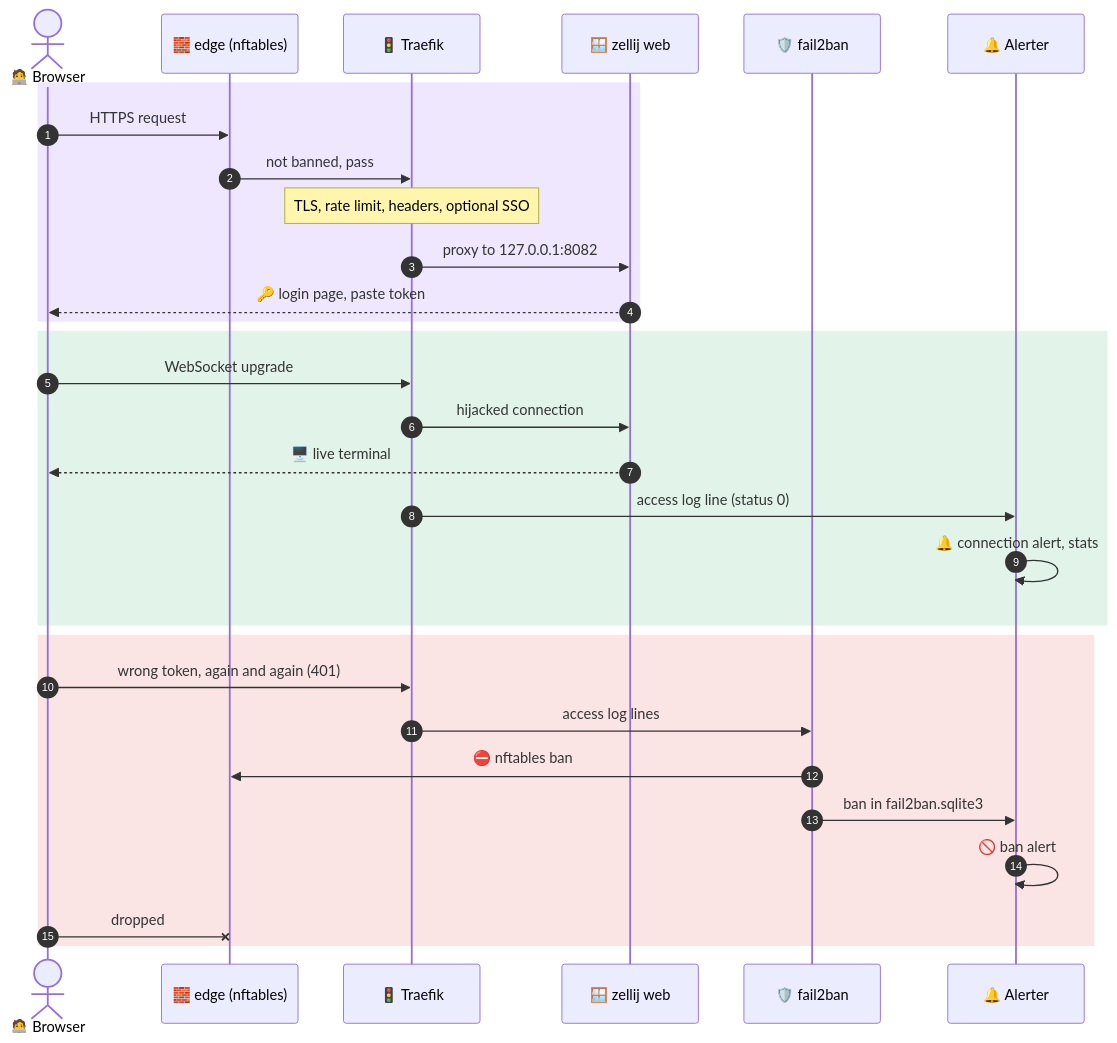
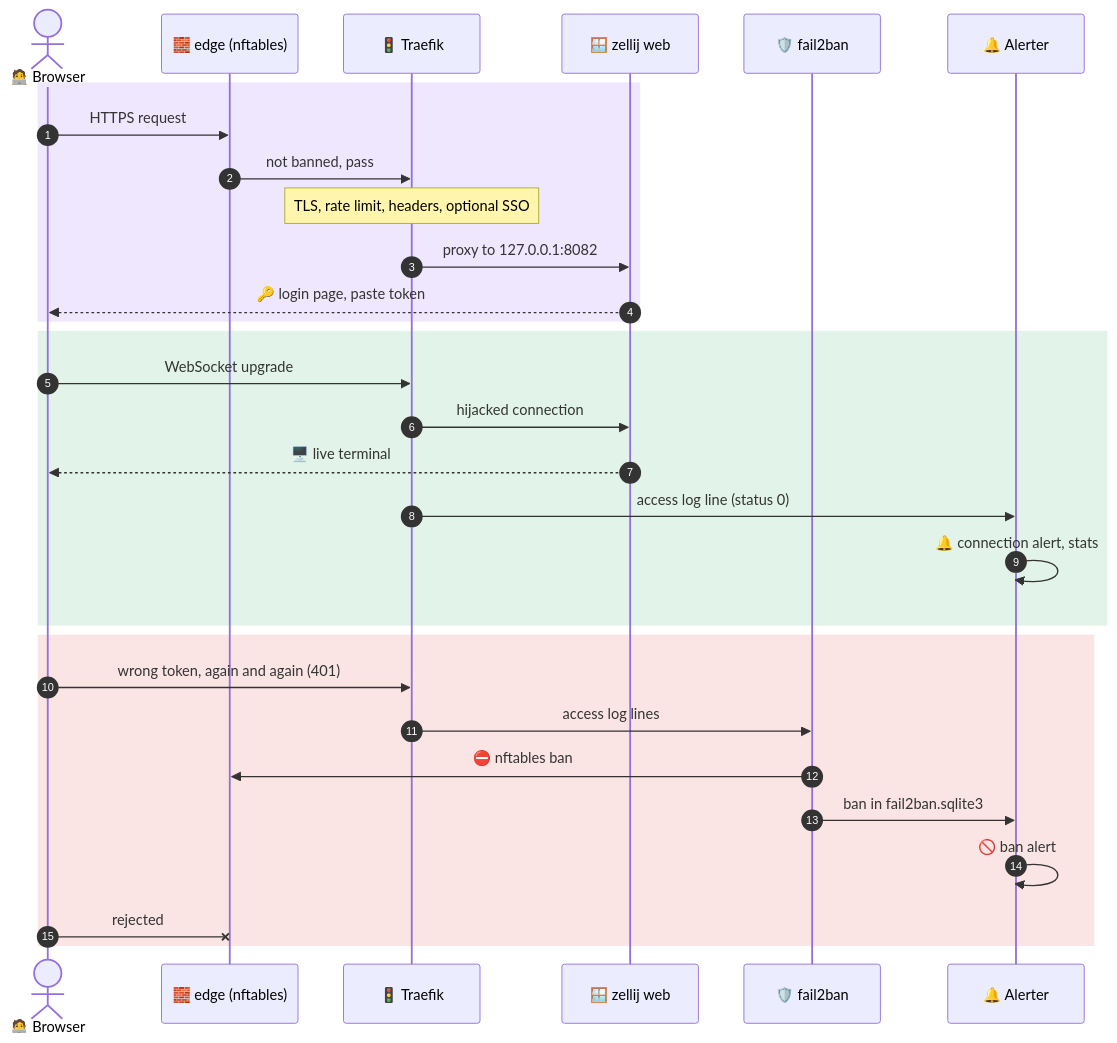
One commit to thereisnotime/secure-zellij changed the second of 2 diagrams in README.md. Above: the diagram before and after it, drawn with Mermaid. The commit also changed other lines of this file and 8 other files, not shown here.

````diff
--- a/README.md
+++ b/README.md
@@ -153,35 +153,35 @@
 ```mermaid
 sequenceDiagram
     autonumber
     actor U as 🧑‍💻 Browser
     participant E as 🧱 edge (nftables)
     participant T as 🚦 Traefik
     participant Z as 🪟 zellij web
     participant F as 🛡️ fail2ban
     participant A as 🔔 Alerter
 
     rect rgba(124, 58, 237, 0.12)
         U->>E: HTTPS request
         E->>T: not banned, pass
         Note over T: TLS, rate limit, headers, optional SSO
         T->>Z: proxy to 127.0.0.1:8082
         Z-->>U: 🔑 login page, paste token
     end
 
     rect rgba(22, 163, 74, 0.12)
         U->>T: WebSocket upgrade
         T->>Z: hijacked connection
         Z-->>U: 🖥️ live terminal
         T->>A: access log line (status 0)
         A->>A: 🔔 connection alert, stats
     end
 
     rect rgba(220, 38, 38, 0.12)
         U->>T: wrong token, again and again (401)
         T->>F: access log lines
         F->>E: ⛔ nftables ban
         F->>A: ban in fail2ban.sqlite3
         A->>A: 🚫 ban alert
-        U-xE: dropped
+        U-xE: rejected
     end
 ```
````
